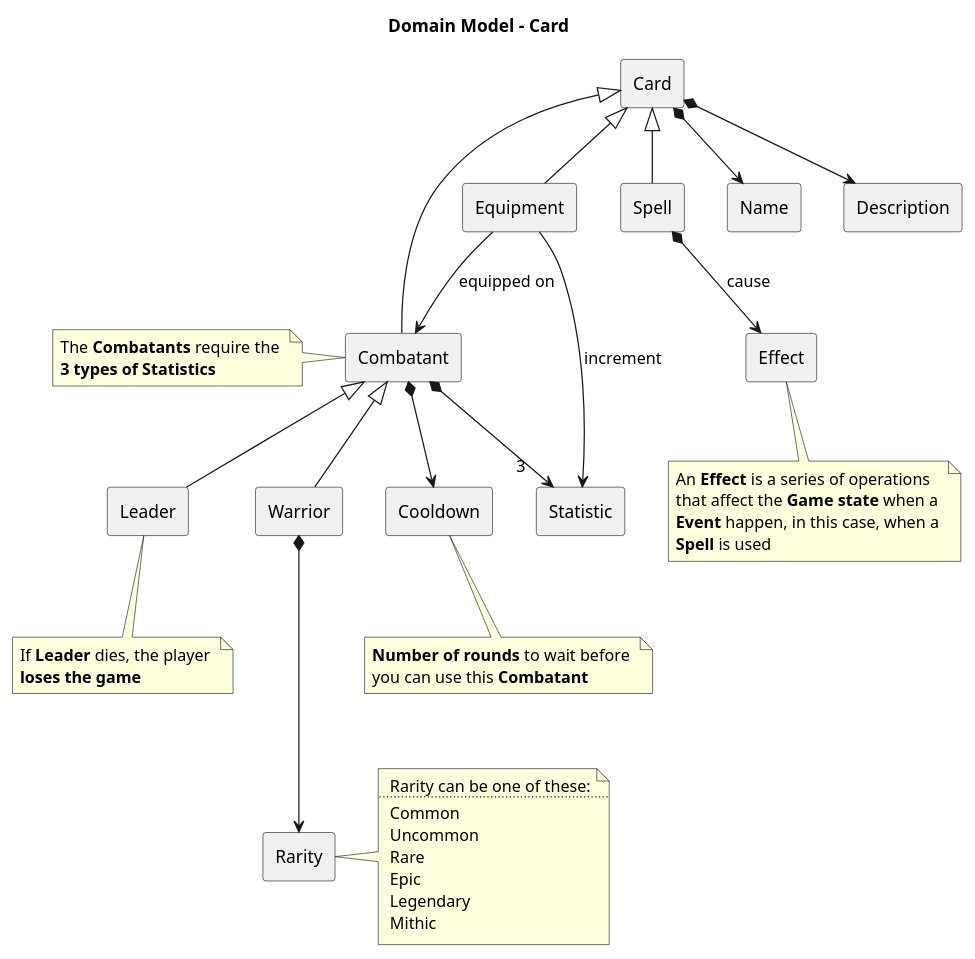
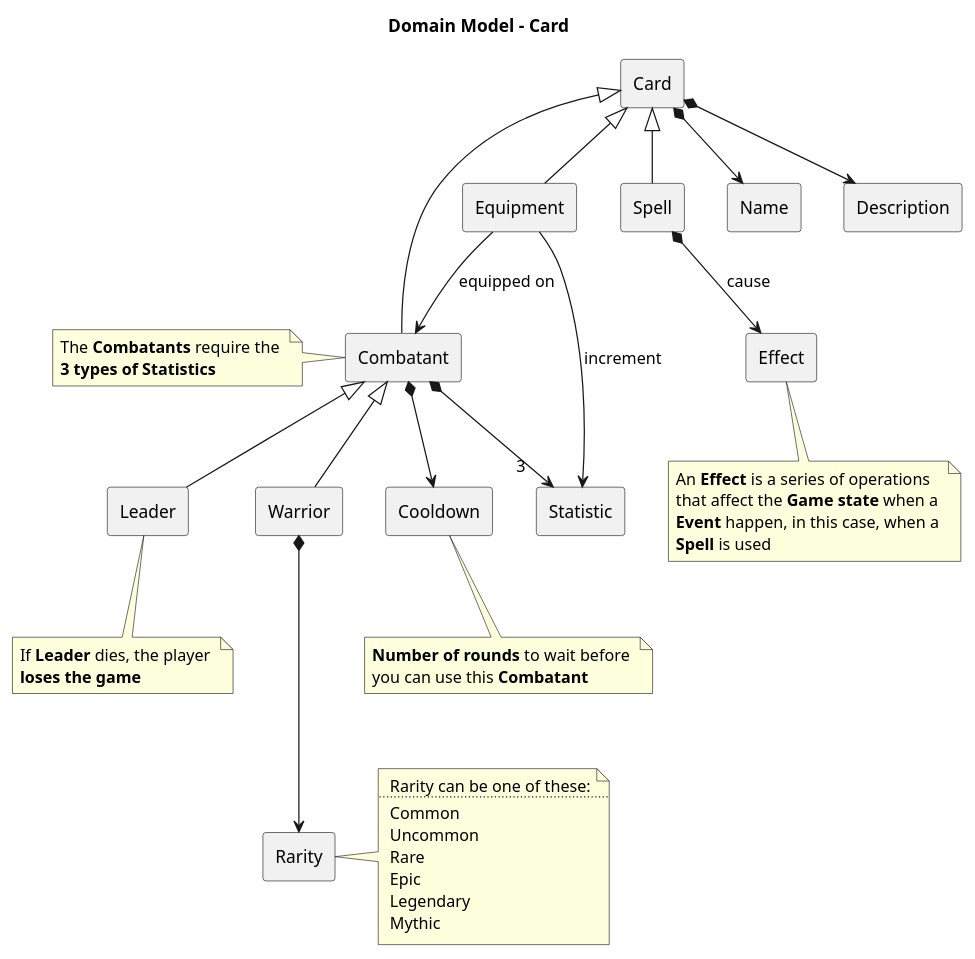
Before and after one commit to DainWs/Crazy-Random-Multiverse: the diagram in docs/development/diagrams/domain_model-card.plantuml, drawn with PlantUML. The commit also changed 16 other files, not shown here.

Commit message:
rename the mithic rarity to mythic

```diff
--- a/docs/development/diagrams/domain_model-card.plantuml
+++ b/docs/development/diagrams/domain_model-card.plantuml
@@ -1,69 +1,69 @@
 @startuml 
 title "Domain Model - Card"
 
 rectangle Card
 rectangle Spell
 rectangle Equipment
 rectangle Combatant
 rectangle Leader
 rectangle Warrior
 rectangle Rarity
 rectangle Cooldown
 rectangle Statistic
 rectangle Name
 rectangle Effect
 rectangle Description
 
 Card *--> Name
 Card *--> Description
 
 Card <|-- Spell
 Card <|-- Equipment 
 Card <|-- Combatant 
 
 Spell *--> Effect : cause
 
 Equipment --> Combatant : equipped on
 Equipment --> Statistic : increment
 
 Combatant <|-- Leader
 Combatant <|-- Warrior
 Combatant *--> "3    " Statistic
 Combatant *--> Cooldown
 
 Warrior *---> Rarity
 
 note bottom of Effect
 	An **Effect** is a series of operations 
 	that affect the **Game state** when a 
 	**Event** happen, in this case, when a
 	**Spell** is used
 end note
 
 note left of Combatant
 	The **Combatants** require the 
 	**3 types of Statistics**
 end note
 
 note bottom of Leader
 	If **Leader** dies, the player 
 	**loses the game**
 end note
 
 note bottom of Cooldown
 	**Number of rounds** to wait before 
 	you can use this **Combatant**
 end note
 
 note right of Rarity
  Rarity can be one of these:
 ....
  Common
  Uncommon
  Rare
  Epic
  Legendary
- Mithic
+ Mythic
 end note
 
 @enduml
```
